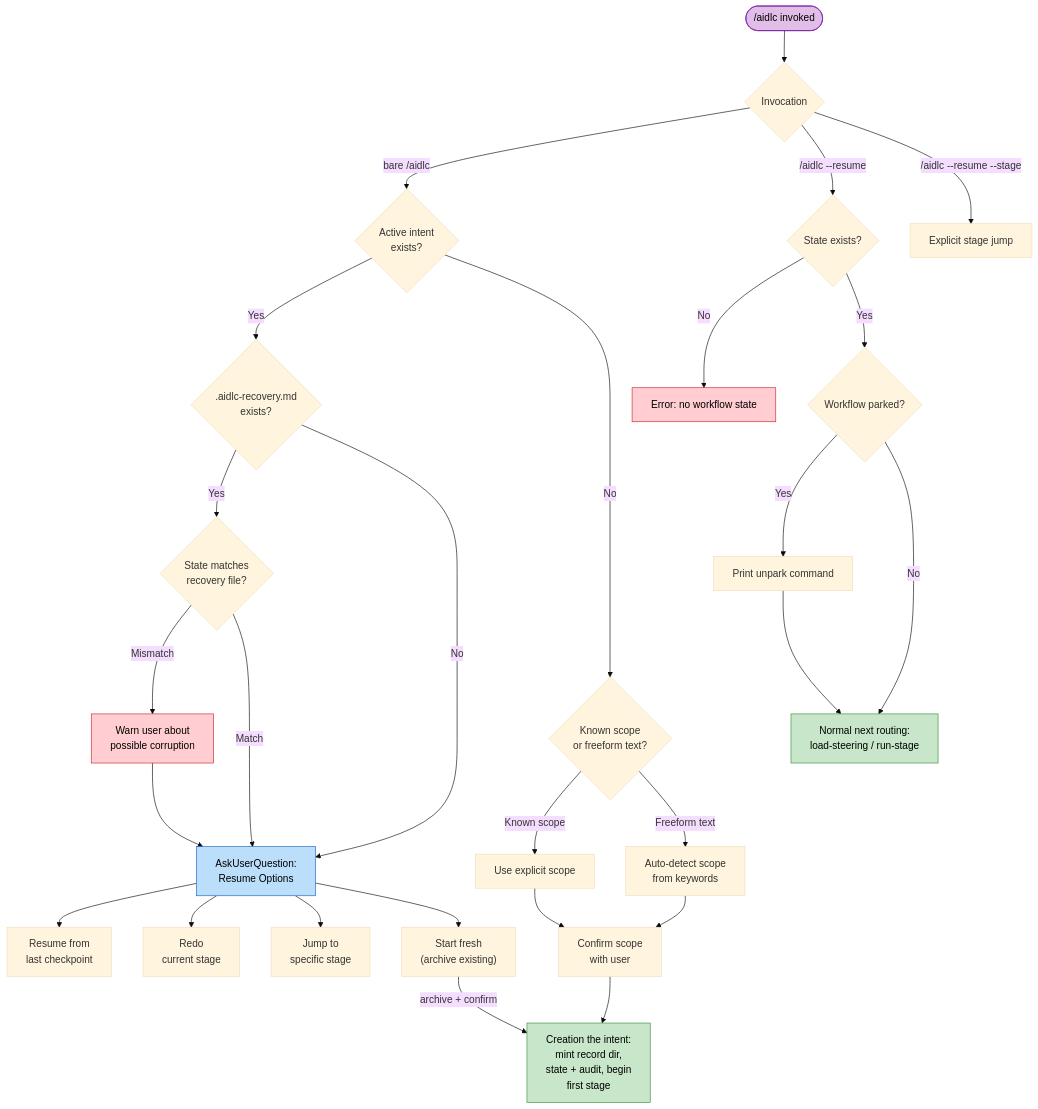
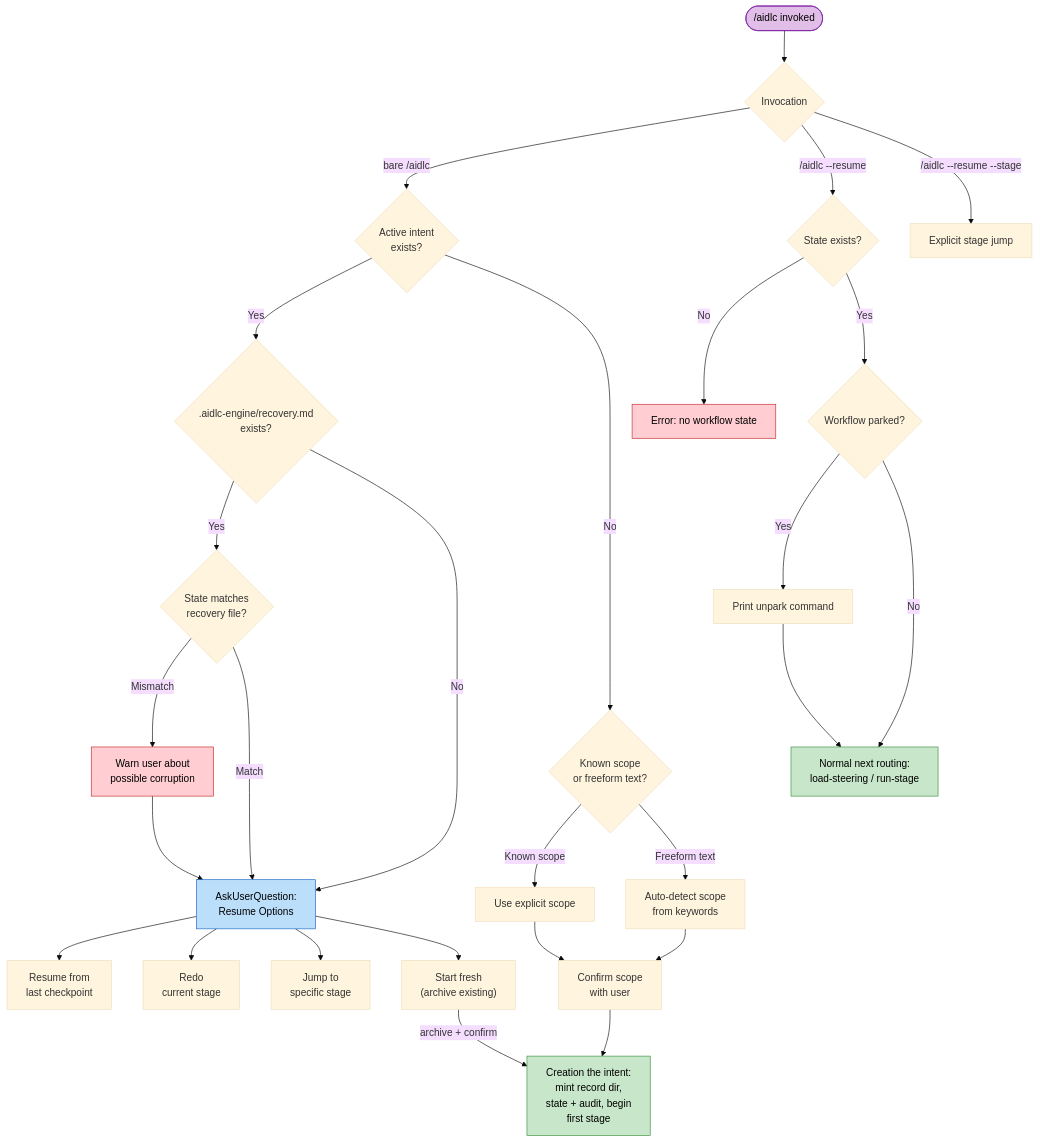
Before and after one commit to awslabs/aidlc-workflows: the first of 4 diagrams in docs/reference/03-orchestrator.md, drawn with Mermaid (base theme). The commit also changed other lines of this file and 143 other files, not shown here.

````diff
--- a/docs/reference/03-orchestrator.md
+++ b/docs/reference/03-orchestrator.md
@@ -152,61 +152,61 @@
 ```mermaid
 flowchart TD
     START(["/aidlc invoked"])
     MODE{"Invocation"}
     STATE_EXISTS{"Active intent\nexists?"}
-    RECOVERY_CHECK{".aidlc-recovery.md\nexists?"}
+    RECOVERY_CHECK{".aidlc-engine/recovery.md\nexists?"}
     CORRUPTION{"State matches\nrecovery file?"}
     WARN["Warn user about\npossible corruption"]
     RESUME_MENU["AskUserQuestion:\nResume Options"]
     OPT_RESUME["Resume from\nlast checkpoint"]
     OPT_REDO["Redo\ncurrent stage"]
     OPT_JUMP["Jump to\nspecific stage"]
     OPT_FRESH["Start fresh\n(archive existing)"]
     RESUME_STATE{"State exists?"}
     PARKED{"Workflow parked?"}
     UNPARK["Print unpark command"]
     CONTINUE["Normal next routing:\nload-steering / run-stage"]
     JUMP["Explicit stage jump"]
     NO_STATE["Error: no workflow state"]
     SCOPE_DETECT{"Known scope\nor freeform text?"}
     KNOWN_SCOPE["Use explicit scope"]
     FREEFORM["Auto-detect scope\nfrom keywords"]
     CONFIRM_SCOPE["Confirm scope\nwith user"]
     CREATE["Creation the intent:\nmint record dir,\nstate + audit, begin\nfirst stage"]
 
     START --> MODE
     MODE -->|"bare /aidlc"| STATE_EXISTS
     MODE -->|"/aidlc --resume"| RESUME_STATE
     MODE -->|"/aidlc --resume --stage"| JUMP
 
     STATE_EXISTS -->|Yes| RECOVERY_CHECK
     STATE_EXISTS -->|No| SCOPE_DETECT
 
     RECOVERY_CHECK -->|Yes| CORRUPTION
     RECOVERY_CHECK -->|No| RESUME_MENU
     CORRUPTION -->|Mismatch| WARN --> RESUME_MENU
     CORRUPTION -->|Match| RESUME_MENU
 
     RESUME_MENU --> OPT_RESUME
     RESUME_MENU --> OPT_REDO
     RESUME_MENU --> OPT_JUMP
     RESUME_MENU --> OPT_FRESH
 
     RESUME_STATE -->|No| NO_STATE
     RESUME_STATE -->|Yes| PARKED
     PARKED -->|Yes| UNPARK --> CONTINUE
     PARKED -->|No| CONTINUE
 
     OPT_FRESH -->|"archive + confirm"| CREATE
 
     SCOPE_DETECT -->|"Known scope"| KNOWN_SCOPE --> CONFIRM_SCOPE
     SCOPE_DETECT -->|"Freeform text"| FREEFORM --> CONFIRM_SCOPE
     CONFIRM_SCOPE --> CREATE
 
     style START fill:#e1bee7,stroke:#7b1fa2,color:#000
     style RESUME_MENU fill:#bbdefb,stroke:#1565c0,color:#000
     style CONTINUE fill:#c8e6c9,stroke:#388e3c,color:#000
     style CREATE fill:#c8e6c9,stroke:#388e3c,color:#000
     style WARN fill:#ffcdd2,stroke:#c62828,color:#000
     style NO_STATE fill:#ffcdd2,stroke:#c62828,color:#000
 ```
````
